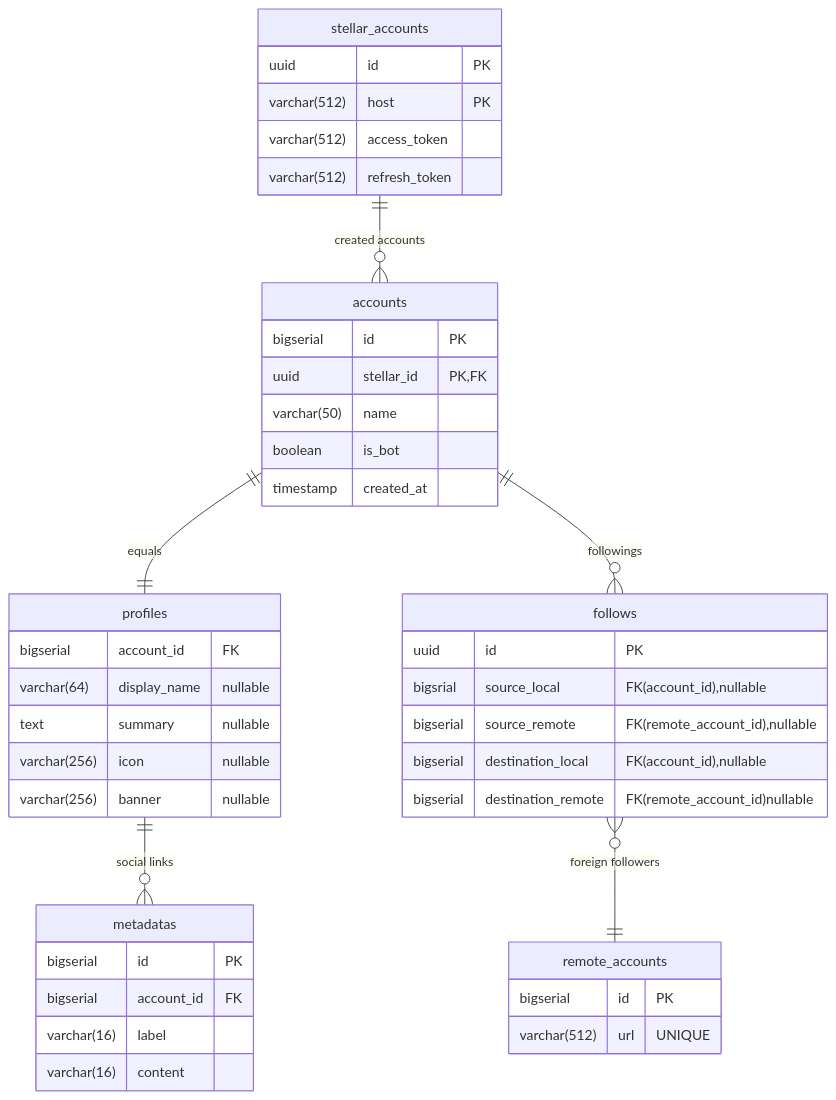
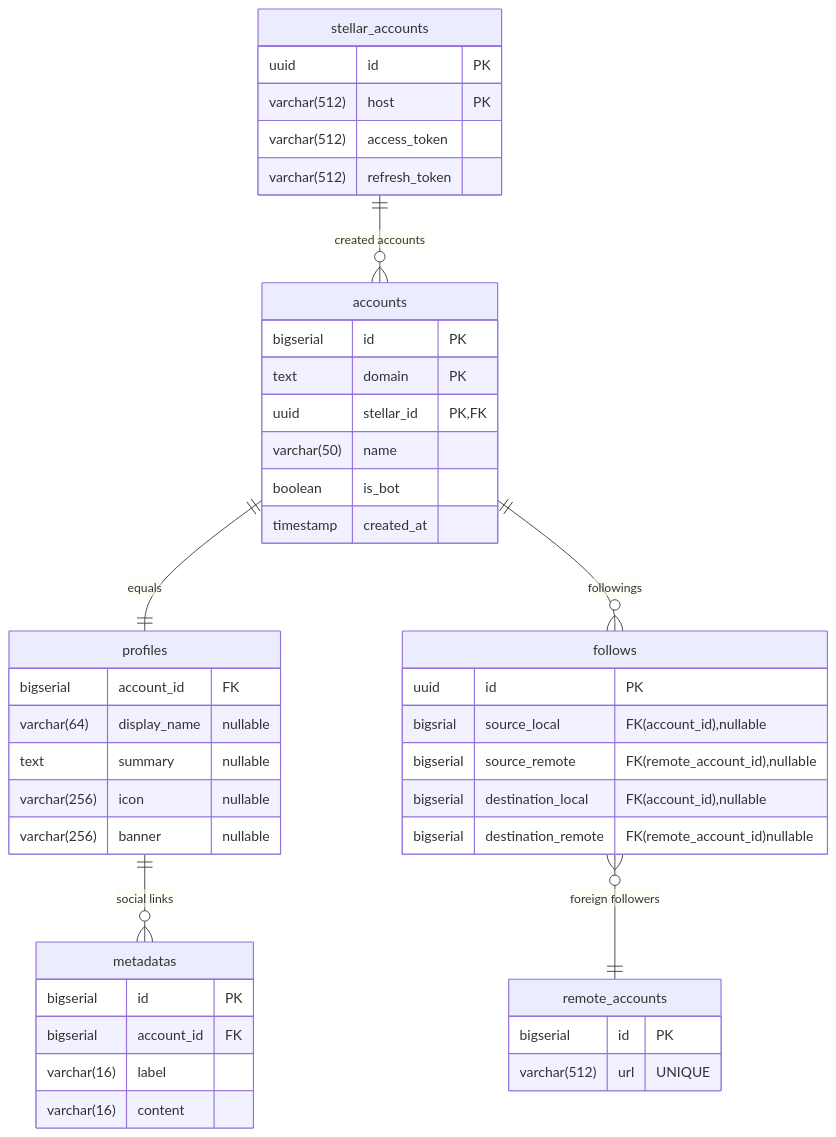
One commit to ShuttlePub/document changed the diagram in docs/emumet/data-structure.md. Above: the diagram before and after it, drawn with Mermaid.

Commit message:
Add domain column (#5)

````diff
--- a/docs/emumet/data-structure.md
+++ b/docs/emumet/data-structure.md
@@ -5,48 +5,49 @@
 ```mermaid
 erDiagram
 accounts {
 	bigserial id "PK"
+	text domain "PK"
 	uuid stellar_id "PK,FK"
 	varchar(50) name
 	boolean is_bot
 	timestamp created_at
 }
 profiles {
 	bigserial account_id "FK"
 	varchar(64) display_name "nullable"
 	text summary "nullable"
  	varchar(256) icon "nullable"
 	varchar(256) banner "nullable"
 }
 metadatas {
 	bigserial id "PK"
 	bigserial account_id "FK"
 	varchar(16) label
 	varchar(16) content
 }
 stellar_accounts {
 	uuid id "PK"
 	varchar(512) host "PK"
 	varchar(512) access_token
 	varchar(512) refresh_token
 }
 follows {
 	uuid id "PK"
 	bigsrial source_local "FK(account_id),nullable"
 	bigserial source_remote "FK(remote_account_id),nullable"
 	
 	bigserial destination_local "FK(account_id),nullable"
 	bigserial destination_remote "FK(remote_account_id)nullable"
 }
 
 remote_accounts {
 	bigserial id "PK"
 	varchar(512) url "UNIQUE"
 }
 
 accounts ||--|| profiles : "equals"
 stellar_accounts ||--o{ accounts : "created accounts"
 profiles ||--o{ metadatas : "social links"
 accounts ||--o{ follows : "followings"
 follows }o--|| remote_accounts : "foreign followers"
 ```
````
